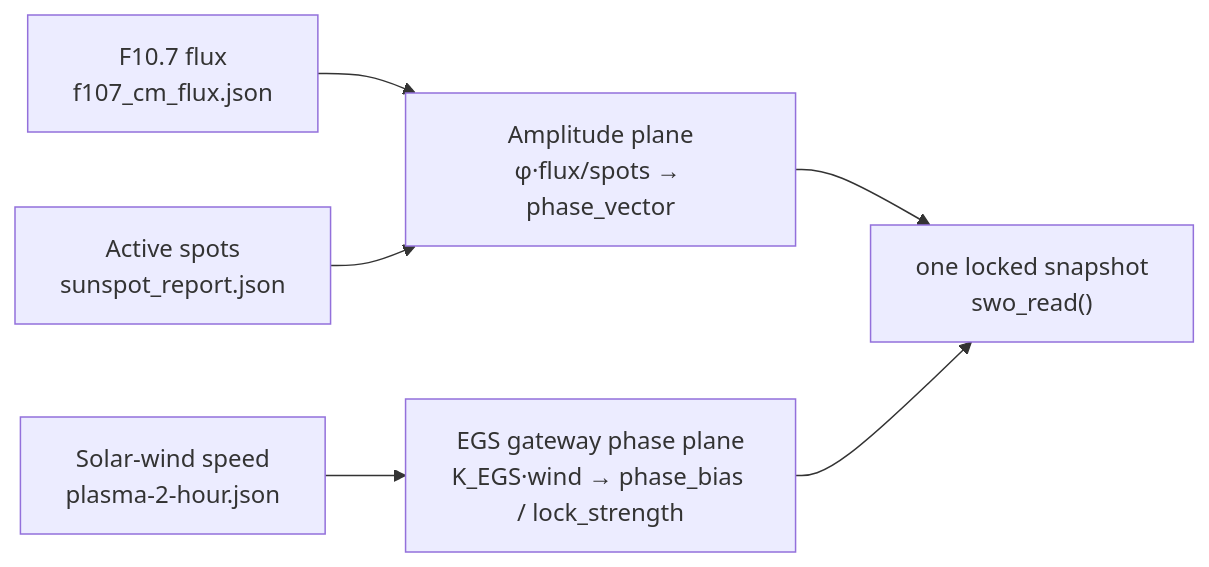
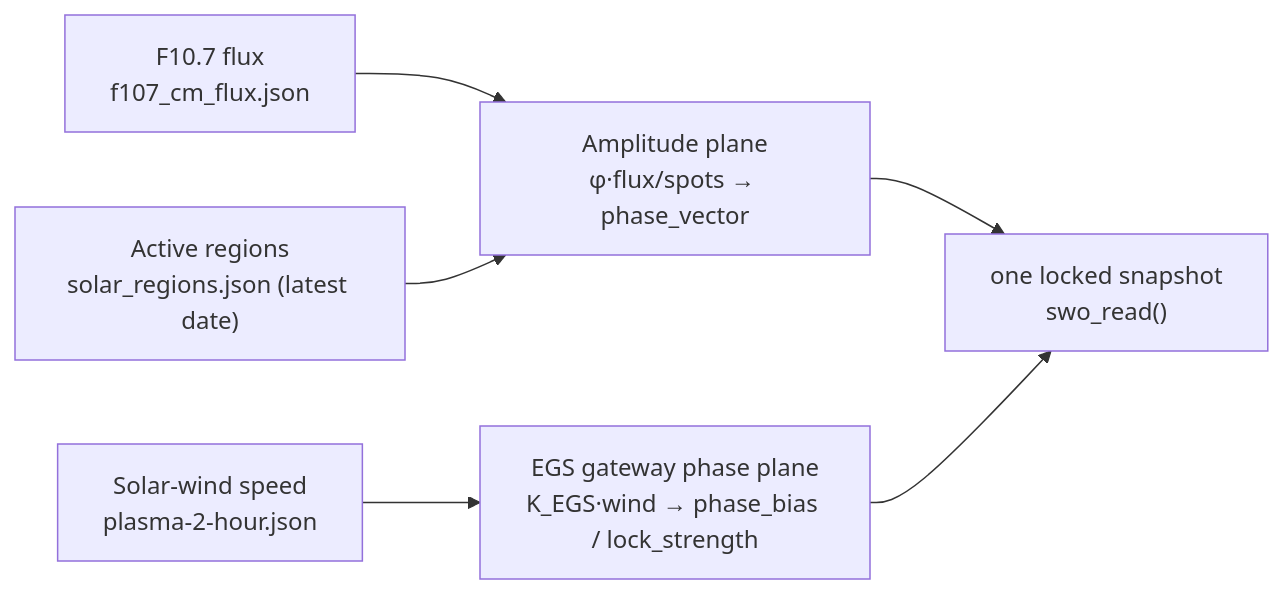
One commit to docxology/SynthOBS changed the first of 2 diagrams in docs/telemetry.md. Above: the diagram before and after it, drawn with Mermaid. The commit also changed other lines of this file and 6 other files, not shown here.

````diff
--- a/docs/telemetry.md
+++ b/docs/telemetry.md
@@ -9,10 +9,10 @@
 ```mermaid
 flowchart LR
     F107["F10.7 flux<br/>f107_cm_flux.json"] --> AMP
-    SPOT["Active spots<br/>sunspot_report.json"] --> AMP
+    SPOT["Active regions<br/>solar_regions.json (latest date)"] --> AMP
     WIND["Solar-wind speed<br/>plasma-2-hour.json"] --> PHASE
     AMP["Amplitude plane<br/>φ·flux/spots → phase_vector"]
     PHASE["EGS gateway phase plane<br/>K_EGS·wind → phase_bias / lock_strength"]
     AMP --> OUT["one locked snapshot<br/>swo_read()"]
     PHASE --> OUT
 ```
````
